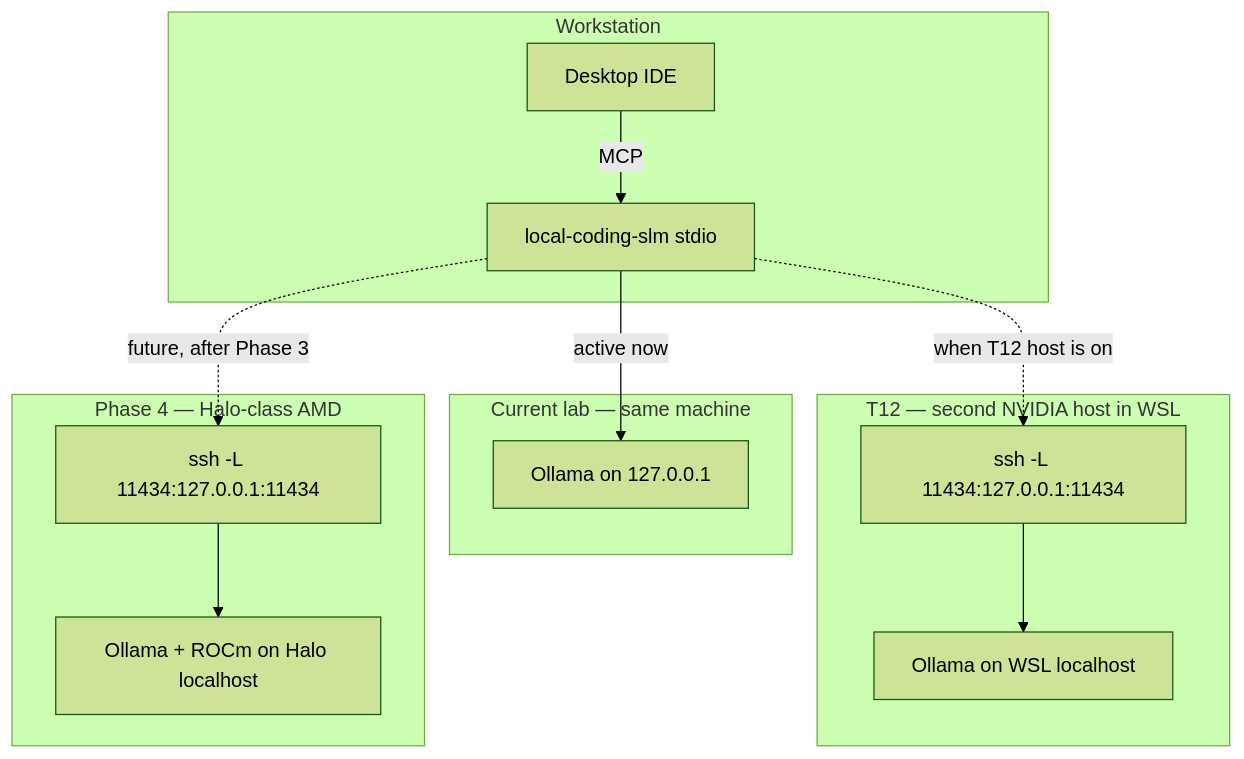
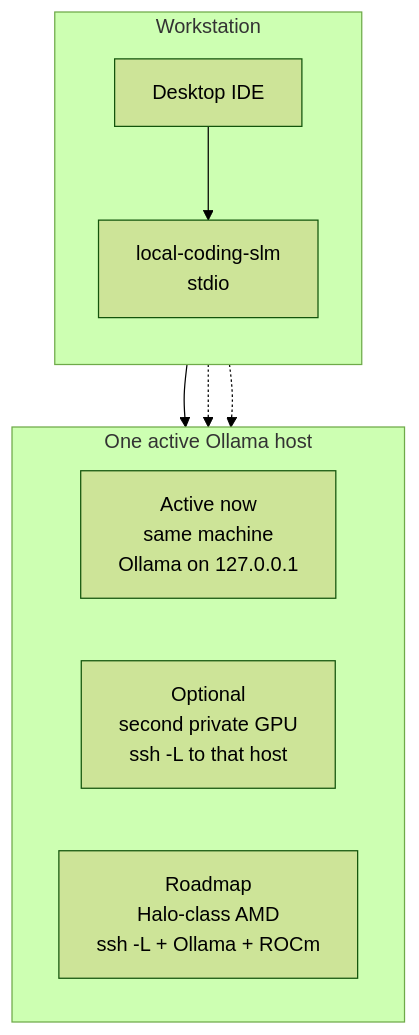
The fourth of 4 diagrams in docs/c4.md (jmjava/slm-setup), drawn with Mermaid (forest theme) before and after one commit. The commit also changed other lines of this file, not shown here.

First line of the commit message:
Redraw C4 views as spaced flowcharts so labels do not sit on boxes.

````diff
--- a/docs/c4.md
+++ b/docs/c4.md
@@ -125,28 +106,20 @@
 ```mermaid
 flowchart TB
-  subgraph workstation["Workstation"]
+  subgraph ws["Workstation"]
+    direction TB
     ide["Desktop IDE"]
-    mcp["local-coding-slm stdio"]
-    ide -->|"MCP"| mcp
+    mcp["local-coding-slm<br/>stdio"]
+    ide --> mcp
   end
 
-  subgraph current["Current lab — same machine"]
-    local["Ollama on 127.0.0.1"]
+  subgraph hosts["One active Ollama host"]
+    direction LR
+    local["Active now<br/>same machine<br/>Ollama on 127.0.0.1"]
+    second["Optional<br/>second private GPU<br/>ssh -L to that host"]
+    halo["Roadmap<br/>Halo-class AMD<br/>ssh -L + Ollama + ROCm"]
   end
 
-  subgraph t12["T12 — second NVIDIA host in WSL"]
-    ssh1["ssh -L 11434:127.0.0.1:11434"]
-    wsl["Ollama on WSL localhost"]
-    ssh1 --> wsl
-  end
-
-  subgraph p4["Phase 4 — Halo-class AMD"]
-    ssh2["ssh -L 11434:127.0.0.1:11434"]
-    halo["Ollama + ROCm on Halo localhost"]
-    ssh2 --> halo
-  end
-
-  mcp -->|"active now"| local
-  mcp -.->|"when T12 host is on"| ssh1
-  mcp -.->|"future, after Phase 3"| ssh2
+  mcp --> local
+  mcp -.-> second
+  mcp -.-> halo
 ```
````
